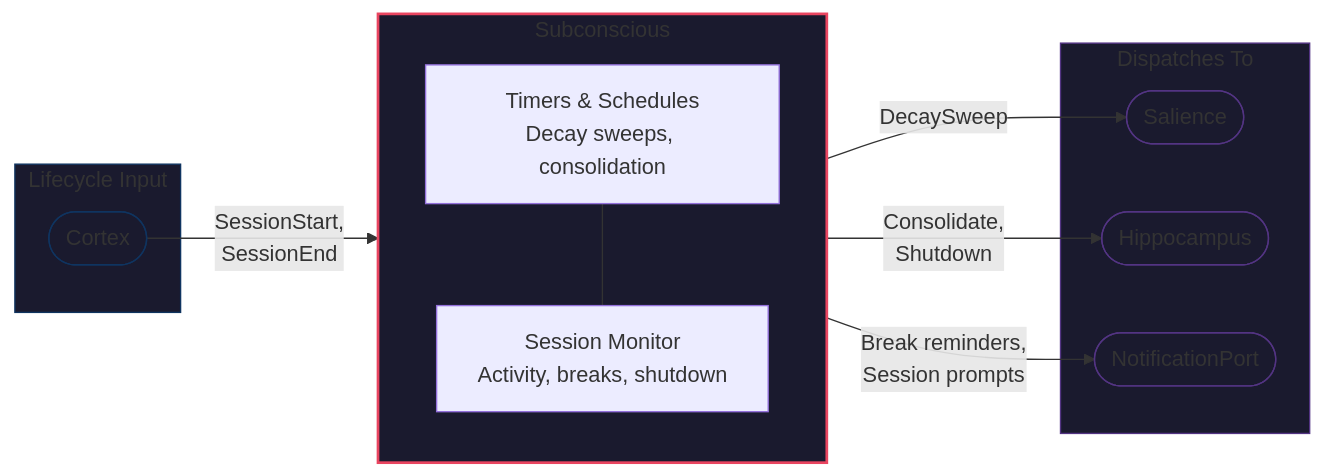
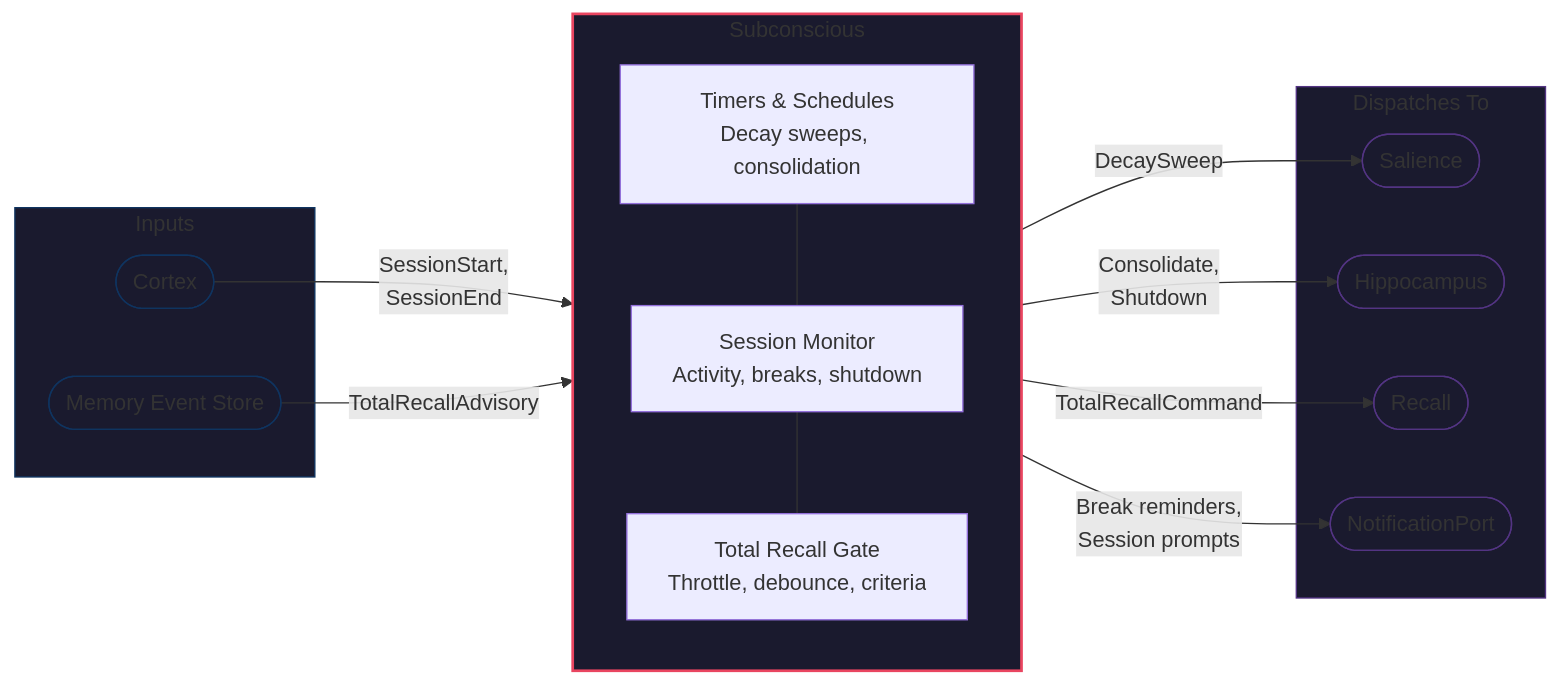
The diagram in site/_includes/diagrams/sb-0001-subconscious.mmd (Mimis-Gildi/mcp-total-recall), drawn with Mermaid before and after one commit. The commit also changed 1 other file, not shown here.

```diff
--- a/site/_includes/diagrams/sb-0001-subconscious.mmd
+++ b/site/_includes/diagrams/sb-0001-subconscious.mmd
@@ -1,31 +1,39 @@
 graph LR
-    subgraph Input ["Lifecycle Input"]
+    subgraph Input ["Inputs"]
         CX(["Cortex"])
+        MES(["Memory Event Store"])
     end
 
     subgraph SB ["Subconscious"]
         direction TB
         TIMER["Timers & Schedules<br/>Decay sweeps, consolidation"]
         WATCH["Session Monitor<br/>Activity, breaks, shutdown"]
+        TR["Total Recall Gate<br/>Throttle, debounce, criteria"]
         TIMER --- WATCH
+        WATCH --- TR
     end
 
     subgraph Dispatch ["Dispatches To"]
         SL(["Salience"])
         HP(["Hippocampus"])
+        RC(["Recall"])
         NP(["NotificationPort"])
     end
 
     CX -- "SessionStart,<br/>SessionEnd" --> SB
+    MES -- "TotalRecallAdvisory" --> SB
 
     SB -- "DecaySweep" --> SL
     SB -- "Consolidate,<br/>Shutdown" --> HP
+    SB -- "TotalRecallCommand" --> RC
     SB -- "Break reminders,<br/>Session prompts" --> NP
 
     style Input fill:#1a1a2e,stroke:#0f3460,stroke-width:1px
     style SB fill:#1a1a2e,stroke:#e94560,stroke-width:2px
     style Dispatch fill:#1a1a2e,stroke:#533483,stroke-width:1px
     style CX fill:#1a1a2e,stroke:#0f3460,stroke-width:1px
+    style MES fill:#1a1a2e,stroke:#0f3460,stroke-width:1px
     style SL fill:#1a1a2e,stroke:#533483,stroke-width:1px
     style HP fill:#1a1a2e,stroke:#533483,stroke-width:1px
+    style RC fill:#1a1a2e,stroke:#533483,stroke-width:1px
     style NP fill:#1a1a2e,stroke:#533483,stroke-width:1px
```
